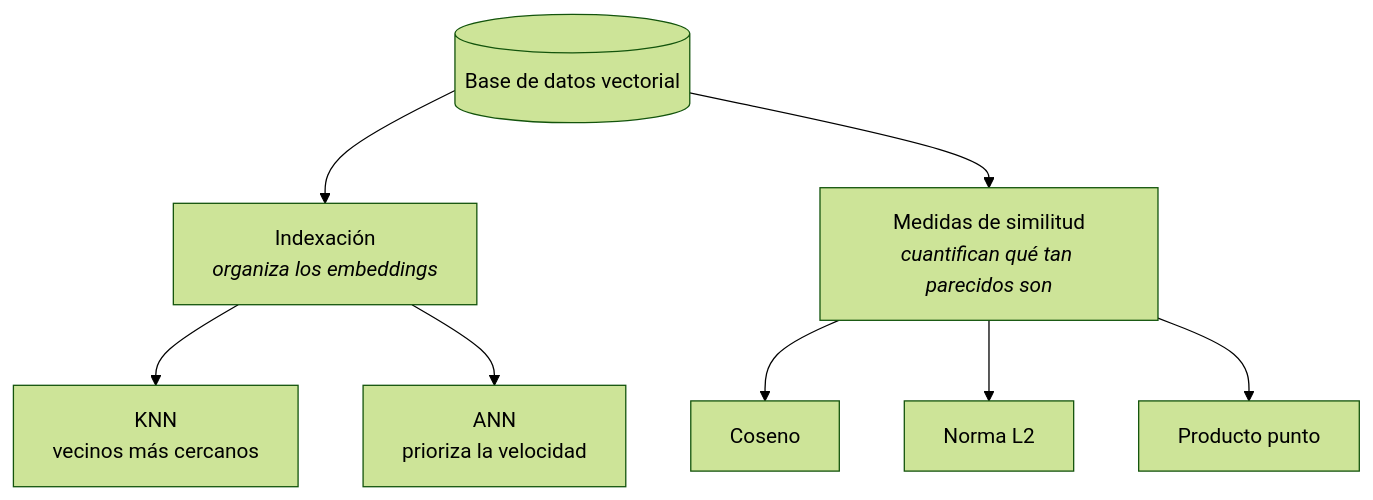
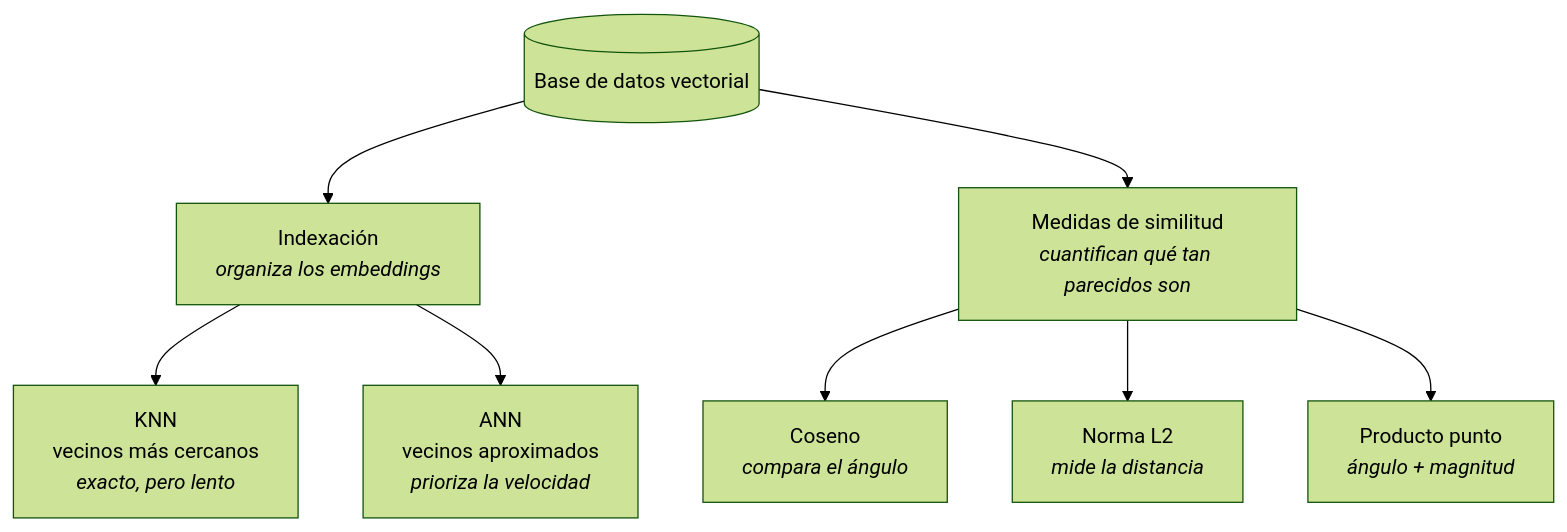
The seventh of 7 diagrams in src/content/blog/es/que-es-rag.md (jcontrerasm/jcontrerasm.github.io), drawn with Mermaid (forest theme) before and after one commit. The commit also changed other lines of this file and 3 other files, not shown here.

````diff
--- a/src/content/blog/es/que-es-rag.md
+++ b/src/content/blog/es/que-es-rag.md
@@ -157,11 +181,11 @@
 ```mermaid
 flowchart TD
     BD[("Base de datos vectorial")]
     BD --> IDX["Indexación<br/><i>organiza los embeddings</i>"]
     BD --> SIM["Medidas de similitud<br/><i>cuantifican qué tan parecidos son</i>"]
-    IDX --> KNN["KNN<br/>vecinos más cercanos"]
-    IDX --> ANN["ANN<br/>prioriza la velocidad"]
-    SIM --> COS["Coseno"]
-    SIM --> L2["Norma L2"]
-    SIM --> DOT["Producto punto"]
+    IDX --> KNN["KNN<br/>vecinos más cercanos<br/><i>exacto, pero lento</i>"]
+    IDX --> ANN["ANN<br/>vecinos aproximados<br/><i>prioriza la velocidad</i>"]
+    SIM --> COS["Coseno<br/><i>compara el ángulo</i>"]
+    SIM --> L2["Norma L2<br/><i>mide la distancia</i>"]
+    SIM --> DOT["Producto punto<br/><i>ángulo + magnitud</i>"]
 ```
````
